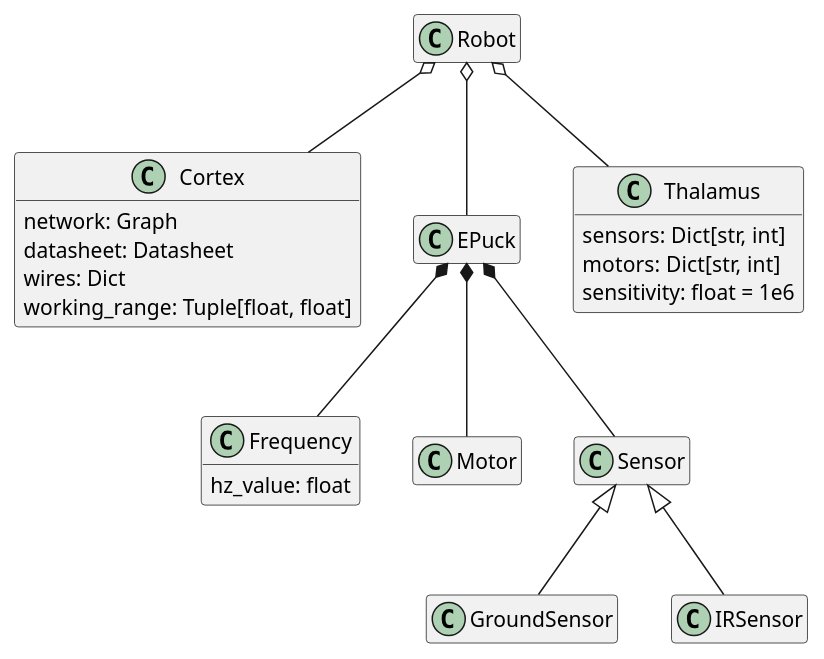
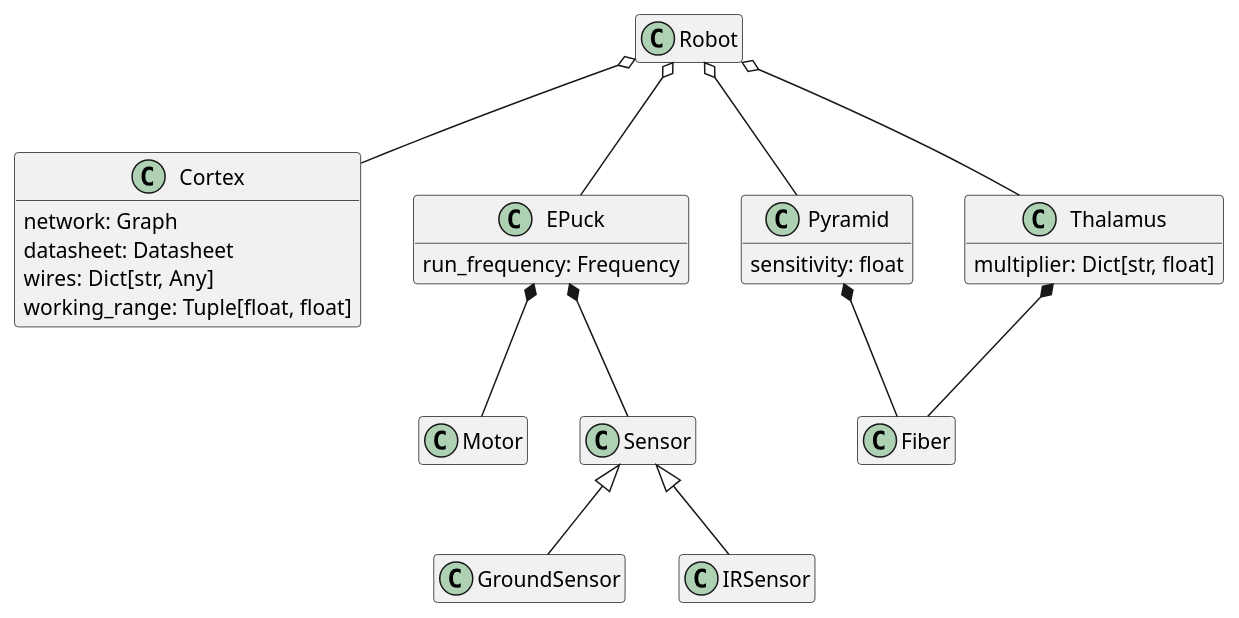
One commit to Mandrab/online-mnw-robot-learning changed the diagram in res/graphs/robot_classdiagram.plantuml. Above: the diagram before and after it, drawn with PlantUML.

Commit message:
updated uml of robot architecture

```diff
--- a/res/graphs/robot_classdiagram.plantuml
+++ b/res/graphs/robot_classdiagram.plantuml
@@ -1,47 +1,52 @@
 @startuml robot_classdiagram
 
 hide methods
 
 ' robot individual
 class Robot
+hide Robot members
 class Cortex {
     network: Graph
     datasheet: Datasheet
-    wires: Dict
+    wires: Dict[str, Any]
     working_range: Tuple[float, float]
 }
-class EPuck
+class EPuck {
+    run_frequency: Frequency
+}
+class Fiber
+class Pyramid {
+    sensitivity: float
+}
 class Thalamus {
-    sensors: Dict[str, int]
-    motors: Dict[str, int]
-    sensitivity: float = 1e6
-}
-class Frequency {
-   hz_value: float
+    multiplier: Dict[str, float]
 }
 
 ' components
 class Motor
 class Sensor
 class GroundSensor
 class IRSensor
 
 Robot o-- Cortex
 Robot o-- EPuck
+Robot o-- Pyramid
 Robot o-- Thalamus
 
 EPuck *-- Sensor
 EPuck *-- Motor
-EPuck *-- Frequency
+
+Pyramid *-- Fiber
+Thalamus *-- Fiber
 
 Sensor <|-- GroundSensor
 Sensor <|-- IRSensor
 
-hide Robot members
-hide EPuck members
+hide Fiber members
+
 hide Motor members
 hide Sensor members
 hide GroundSensor members
 hide IRSensor members
 
 @enduml
```
